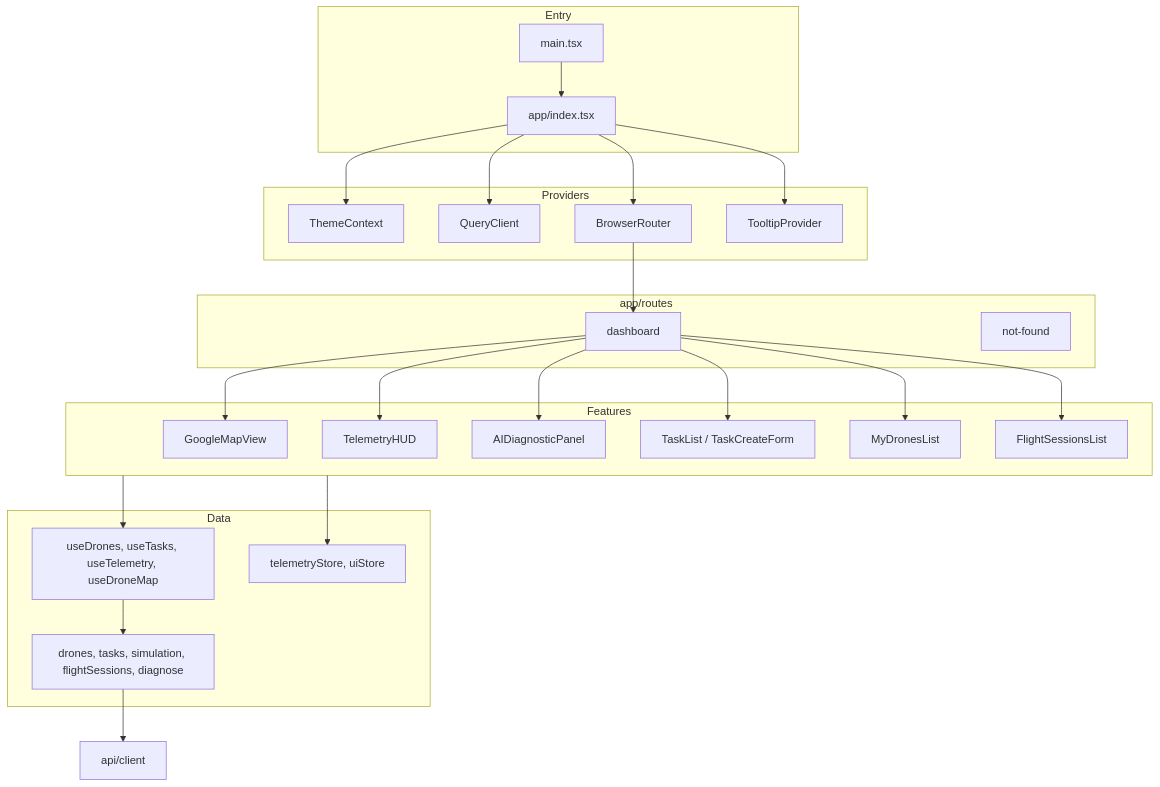
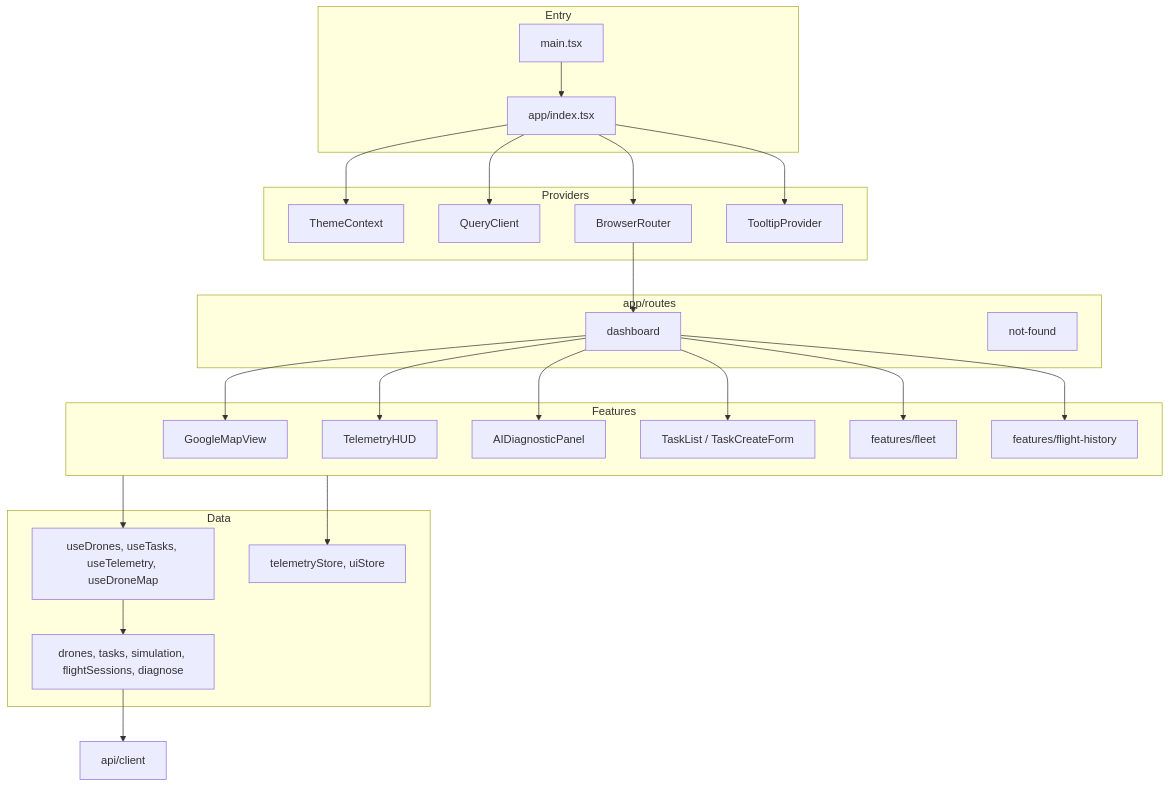
Before and after one commit to sam821203/InsightAero: the second of 3 diagrams in README.md, drawn with Mermaid. The commit also changed other lines of this file and 19 other files, not shown here.

First line of the commit message:
refactor: move fleet and flight history into feature folders

````diff
--- a/README.md
+++ b/README.md
@@ -253,46 +254,46 @@
 ```mermaid
 flowchart TB
   subgraph Entry
     main[main.tsx]
     App[app/index.tsx]
   end
   subgraph Providers
     Theme[ThemeContext]
     Query[QueryClient]
     Router[BrowserRouter]
     Tooltip[TooltipProvider]
   end
   subgraph Routes["app/routes"]
     Index[dashboard]
     NotFound[not-found]
   end
   subgraph Features
     Map[GoogleMapView]
     HUD[TelemetryHUD]
     AI[AIDiagnosticPanel]
     Tasks[TaskList / TaskCreateForm]
-    Drones[MyDronesList]
-    Sessions[FlightSessionsList]
+    Drones[features/fleet]
+    Sessions[features/flight-history]
   end
   subgraph Data
     hooks[useDrones, useTasks, useTelemetry, useDroneMap]
     stores[telemetryStore, uiStore]
     api[drones, tasks, simulation, flightSessions, diagnose]
   end
   main --> App
   App --> Theme
   App --> Query
   App --> Router
   App --> Tooltip
   Router --> Index
   Index --> Map
   Index --> HUD
   Index --> AI
   Index --> Tasks
   Index --> Drones
   Index --> Sessions
   Features --> hooks
   Features --> stores
   hooks --> api
   api --> client[api/client]
 ```
````
